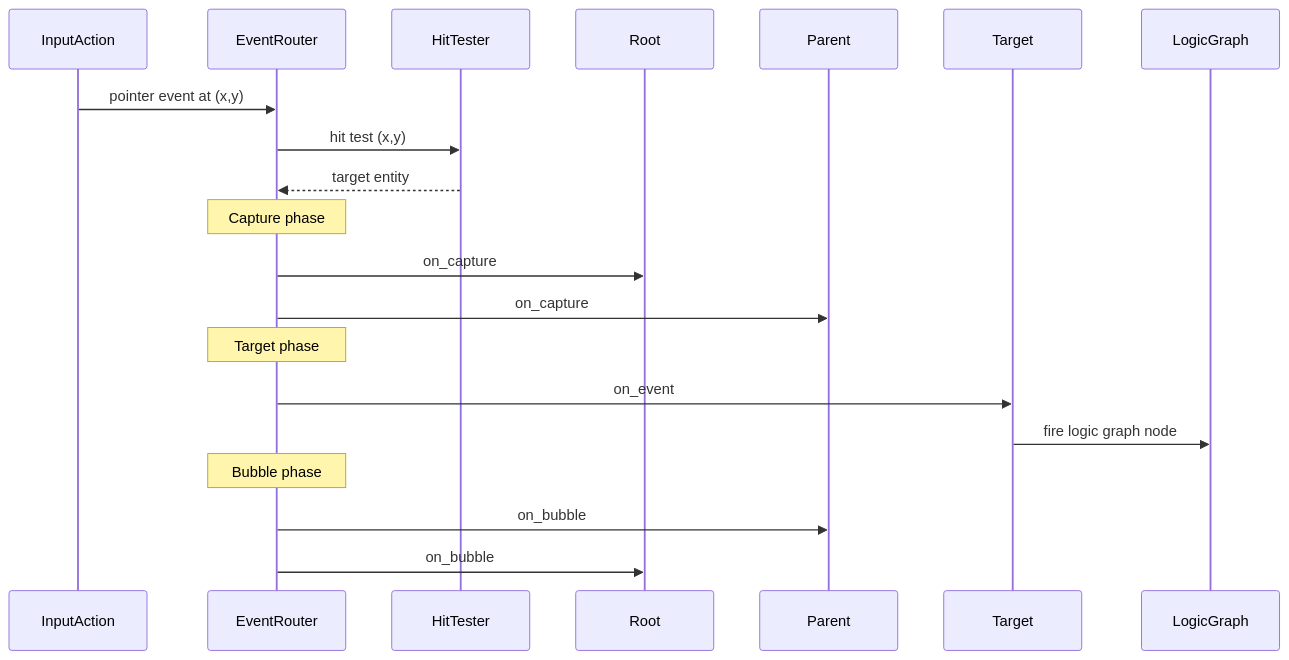
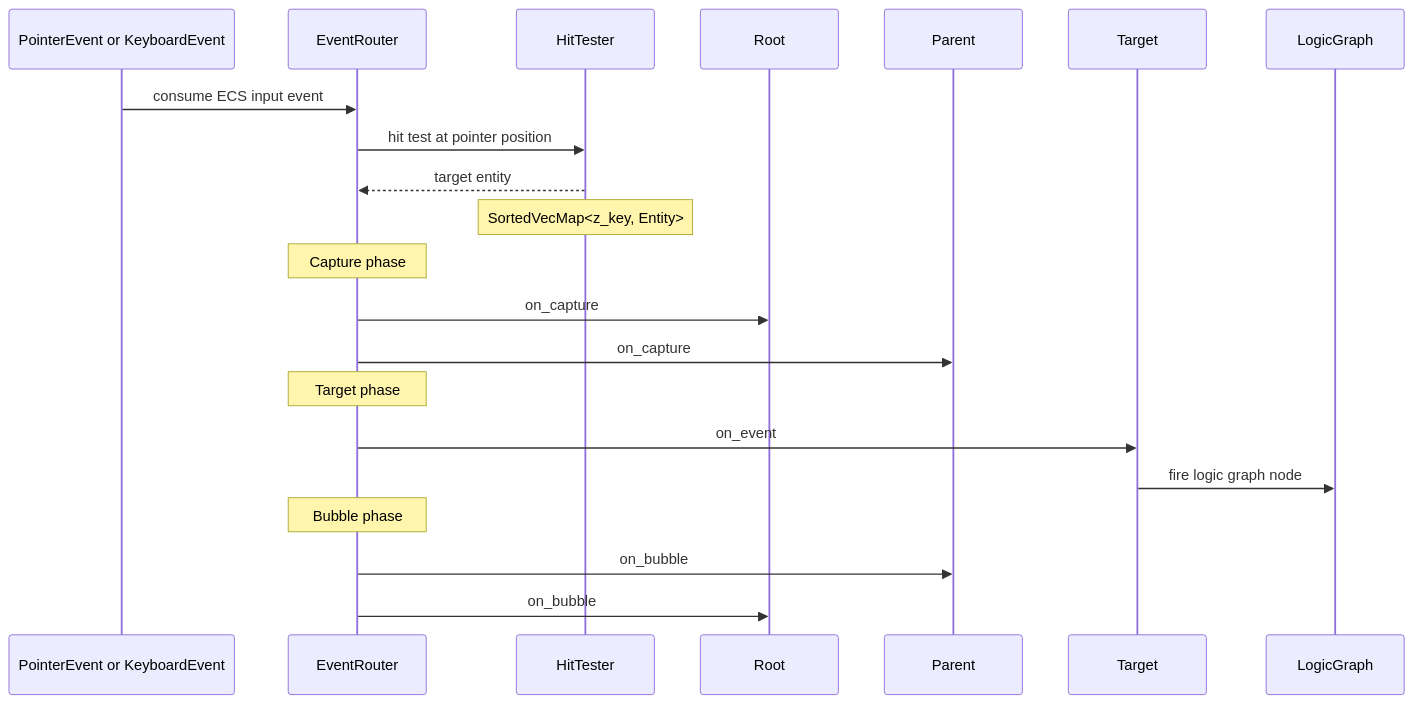
The seventh of 10 diagrams in docs/design/ui/ui-framework.md (harmonius-dev/harmonius), drawn with Mermaid before and after one commit. The commit also changed other lines of this file and 143 other files, not shown here.

````diff
--- a/docs/design/ui/ui-framework.md
+++ b/docs/design/ui/ui-framework.md
@@ -755,26 +776,27 @@
 ```mermaid
 sequenceDiagram
-    participant IN as InputAction
+    participant IN as PointerEvent or KeyboardEvent
     participant EV as EventRouter
     participant HT as HitTester
     participant R as Root
     participant P as Parent
     participant T as Target
     participant LG as LogicGraph
 
-    IN->>EV: pointer event at (x,y)
-    EV->>HT: hit test (x,y)
+    IN->>EV: consume ECS input event
+    EV->>HT: hit test at pointer position
     HT-->>EV: target entity
+    Note over HT: SortedVecMap<z_key, Entity>
 
     Note over EV: Capture phase
     EV->>R: on_capture
     EV->>P: on_capture
 
     Note over EV: Target phase
     EV->>T: on_event
     T->>LG: fire logic graph node
 
     Note over EV: Bubble phase
     EV->>P: on_bubble
     EV->>R: on_bubble
 ```
````
